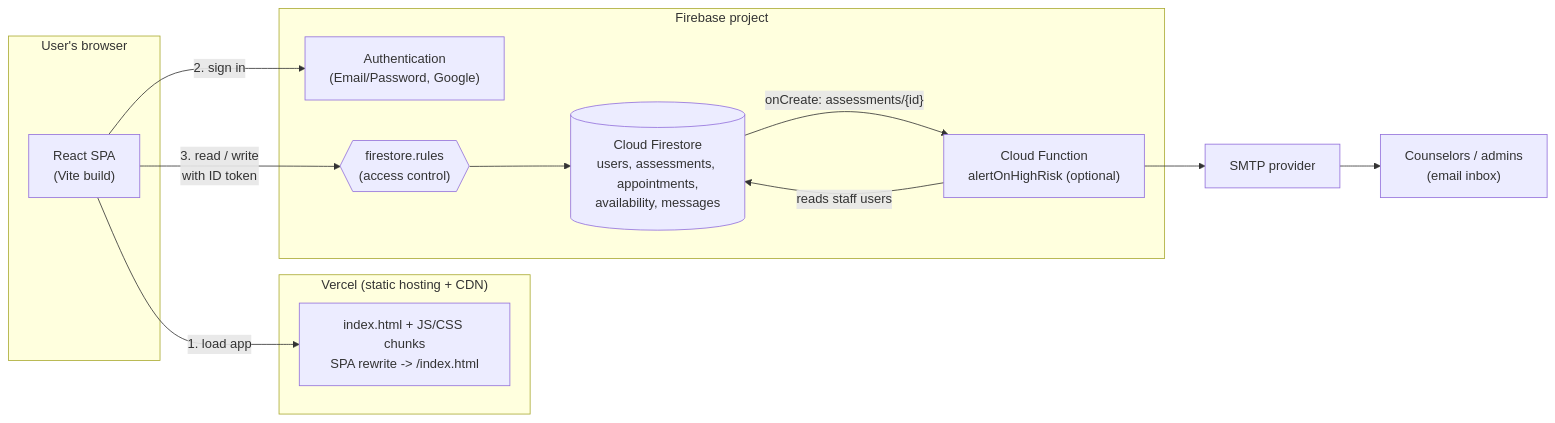
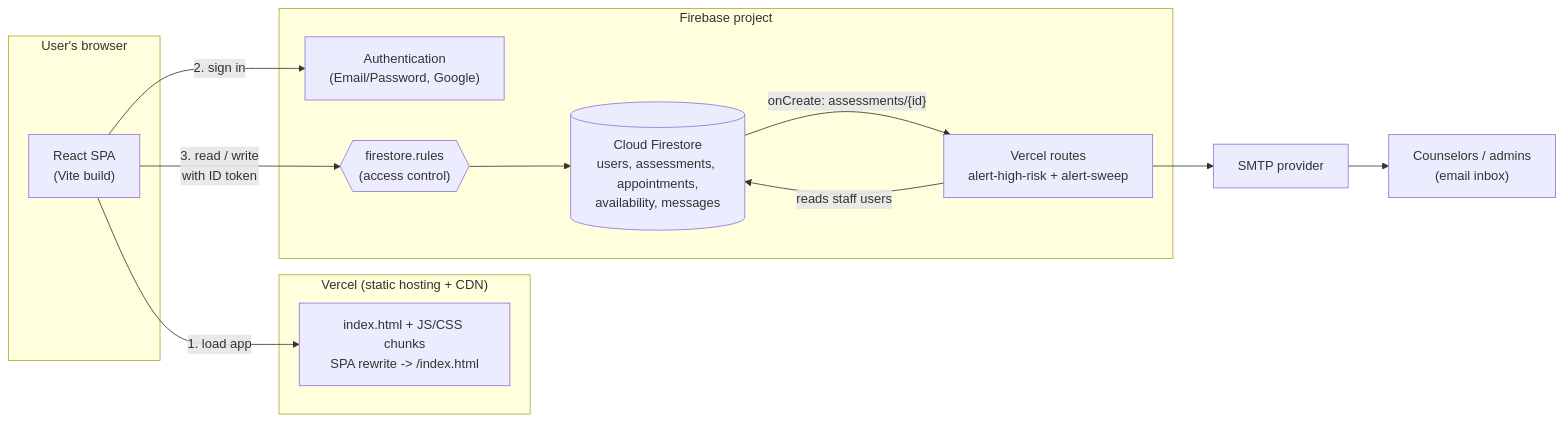
The first of 3 diagrams in docs/ARCHITECTURE.md (IkariShinjiii/Mind-Bridge), drawn with Mermaid before and after one commit. The commit also changed other lines of this file and 5 other files, not shown here.

````diff
--- a/docs/ARCHITECTURE.md
+++ b/docs/ARCHITECTURE.md
@@ -13,28 +13,28 @@
 ```mermaid
 flowchart LR
     subgraph Browser["User's browser"]
         SPA["React SPA<br/>(Vite build)"]
     end
 
     subgraph Vercel["Vercel (static hosting + CDN)"]
         Static["index.html + JS/CSS chunks<br/>SPA rewrite -> /index.html"]
     end
 
     subgraph Firebase["Firebase project"]
         Auth["Authentication<br/>(Email/Password, Google)"]
         Rules{{"firestore.rules<br/>(access control)"}}
         DB[("Cloud Firestore<br/>users, assessments, appointments,<br/>availability, messages")]
-        Fn["Cloud Function<br/>alertOnHighRisk (optional)"]
+        Fn["Vercel routes<br/>alert-high-risk + alert-sweep"]
     end
 
     SMTP["SMTP provider"]
     Staff["Counselors / admins<br/>(email inbox)"]
 
     SPA -- "1. load app" --> Static
     SPA -- "2. sign in" --> Auth
     SPA -- "3. read / write<br/>with ID token" --> Rules
     Rules --> DB
     DB -- "onCreate: assessments/{id}" --> Fn
     Fn -- "reads staff users" --> DB
     Fn --> SMTP --> Staff
 ```
````
